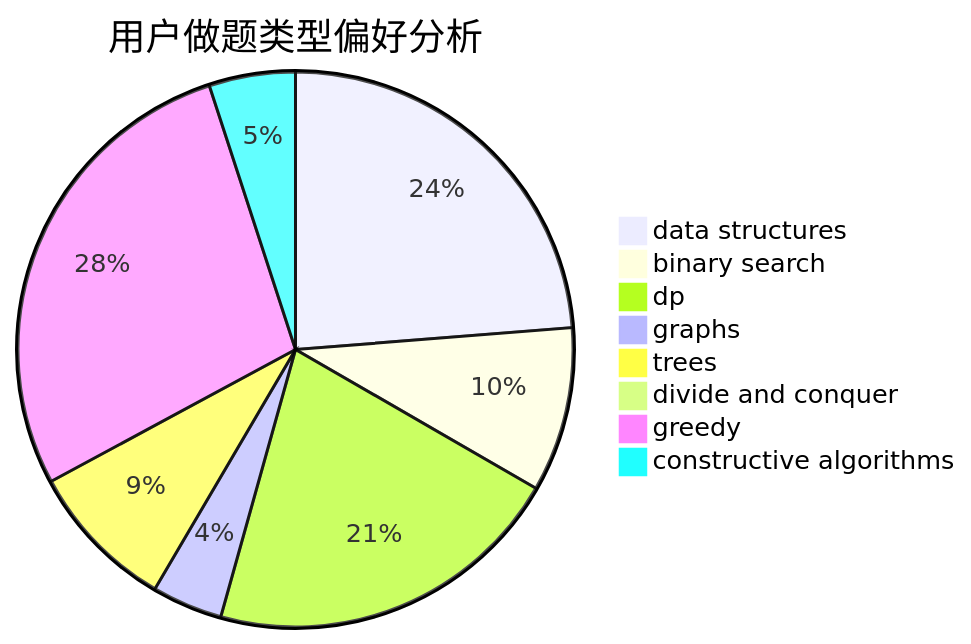
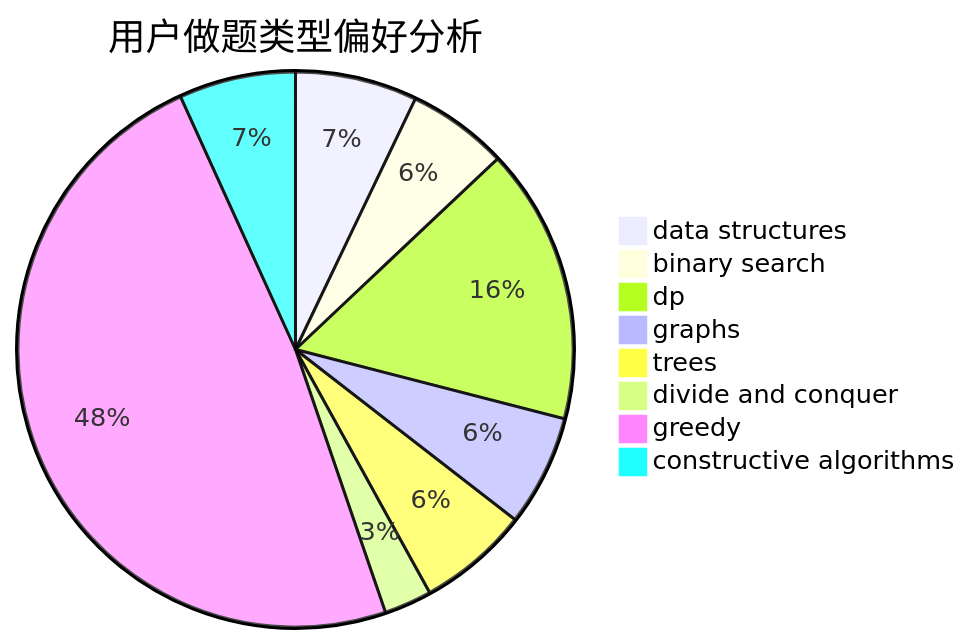
Before and after one commit to sherpahu/cfrs.github.io: the second of 3 diagrams in docs/user/u2369.md, drawn with Mermaid. The commit also changed other lines of this file and 2770 other files, not shown here.

````diff
--- a/docs/user/u2369.md
+++ b/docs/user/u2369.md
@@ -23,11 +23,11 @@
 ```mermaid
 pie title 用户做题类型偏好分析
-    "data structures" :  52
-    "binary search" :  21
-    "dp" :  46
-    "graphs" :  9
-    "trees" :  19
-    "divide and conquer" :  0
-    "greedy" :  61
-    "constructive algorithms" :  11
+    "data structures" :  23
+    "binary search" :  19
+    "dp" :  52
+    "graphs" :  21
+    "trees" :  21
+    "divide and conquer" :  9
+    "greedy" :  157
+    "constructive algorithms" :  22
 ```
````
